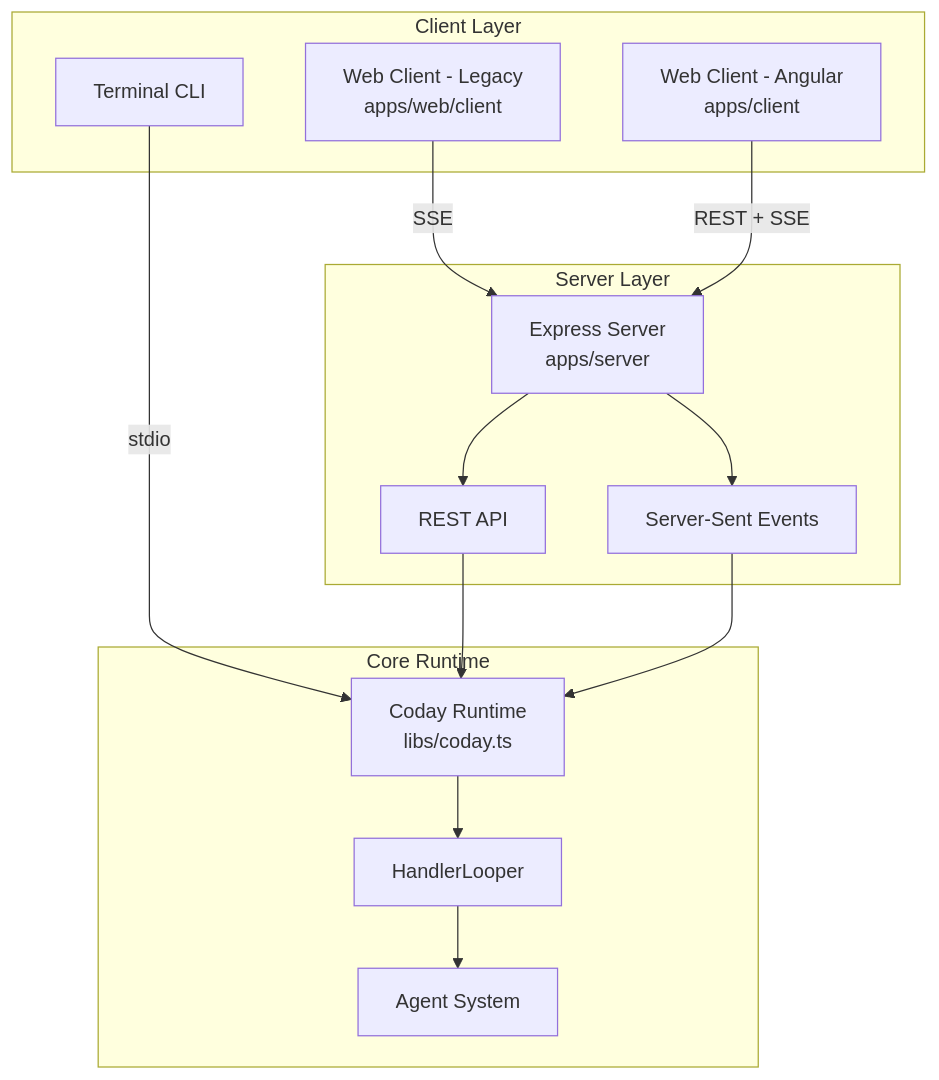
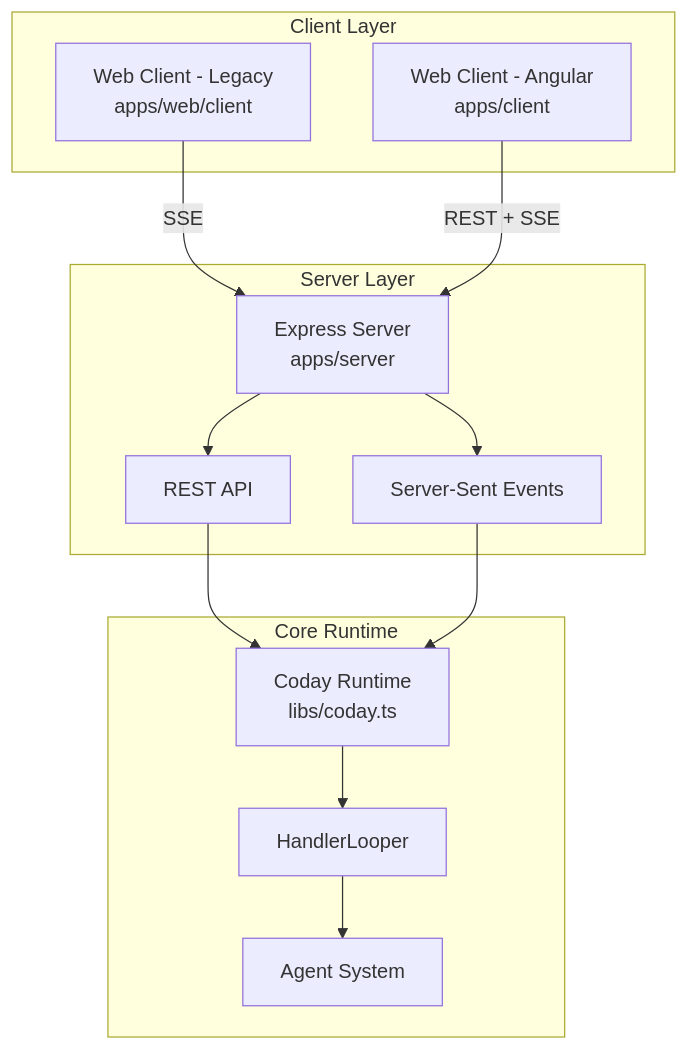
Before and after one commit to whoz-oss/coday: the first of 4 diagrams in docs/to-rework/ARCHITECTURE.md, drawn with Mermaid. The commit also changed other lines of this file, not shown here.

First line of the commit message:
docs: remove terminal CLI from architecture documentation

````diff
--- a/docs/to-rework/ARCHITECTURE.md
+++ b/docs/to-rework/ARCHITECTURE.md
@@ -7,30 +7,28 @@
 ```mermaid
 graph TB
     subgraph "Client Layer"
-        Terminal[Terminal CLI]
         WebLegacy[Web Client - Legacy<br/>apps/web/client]
         WebAngular[Web Client - Angular<br/>apps/client]
     end
     
     subgraph "Server Layer"
         WebServer[Express Server<br/>apps/server]
         RestAPI[REST API]
         SSE[Server-Sent Events]
     end
     
     subgraph "Core Runtime"
         Coday[Coday Runtime<br/>libs/coday.ts]
         HandlerLooper
         Agents[Agent System]
     end
     
-    Terminal -->|stdio| Coday
     WebLegacy -->|SSE| WebServer
     WebAngular -->|REST + SSE| WebServer
     WebServer --> RestAPI
     WebServer --> SSE
     RestAPI --> Coday
     SSE --> Coday
     Coday --> HandlerLooper
     HandlerLooper --> Agents
 ```
````
